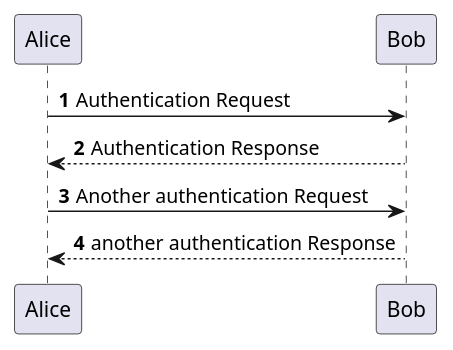
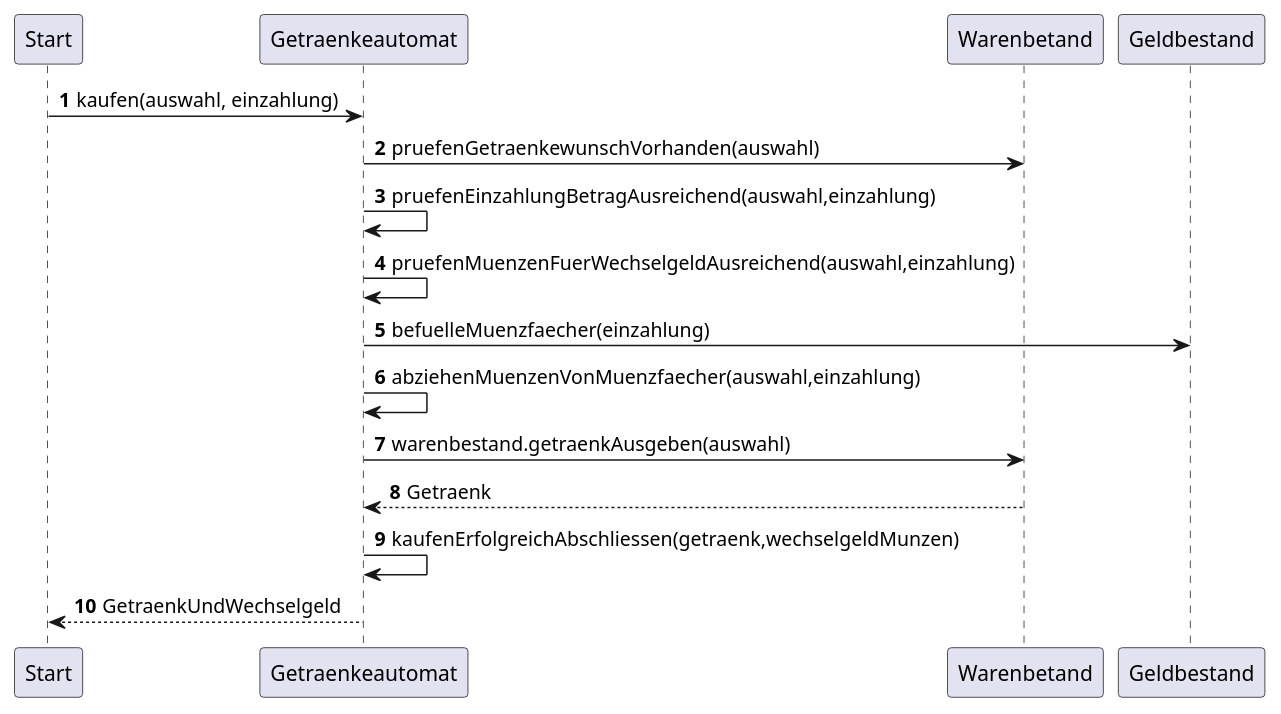
Before and after one commit to robertodefreitas/Getraenkeautomat.2022-02-09: the diagram in uml-Sequenzdiagramm.puml, drawn with PlantUML.

Commit message:
erste Skizze für das Sequenzdiagramm

```diff
--- a/uml-Sequenzdiagramm.puml
+++ b/uml-Sequenzdiagramm.puml
@@ -1,11 +1,26 @@
 @startuml
 'https://plantuml.com/sequence-diagram
 
 autonumber
 
-Alice -> Bob: Authentication Request
-Bob --> Alice: Authentication Response
+Start -> Getraenkeautomat: kaufen(auswahl, einzahlung)
 
-Alice -> Bob: Another authentication Request
-Alice <-- Bob: another authentication Response
+Getraenkeautomat -> Warenbetand :  pruefenGetraenkewunschVorhanden(auswahl)
+
+Getraenkeautomat -> Getraenkeautomat : pruefenEinzahlungBetragAusreichend(auswahl,einzahlung)
+
+Getraenkeautomat -> Getraenkeautomat : pruefenMuenzenFuerWechselgeldAusreichend(auswahl,einzahlung)
+
+Getraenkeautomat -> Geldbestand :  befuelleMuenzfaecher(einzahlung)
+
+Getraenkeautomat -> Getraenkeautomat : abziehenMuenzenVonMuenzfaecher(auswahl,einzahlung)
+
+Getraenkeautomat -> Warenbetand :  warenbestand.getraenkAusgeben(auswahl)
+
+Getraenkeautomat <-- Warenbetand :  Getraenk
+
+Getraenkeautomat -> Getraenkeautomat: kaufenErfolgreichAbschliessen(getraenk,wechselgeldMunzen)
+
+Start <-- Getraenkeautomat: GetraenkUndWechselgeld
+
 @enduml
```
